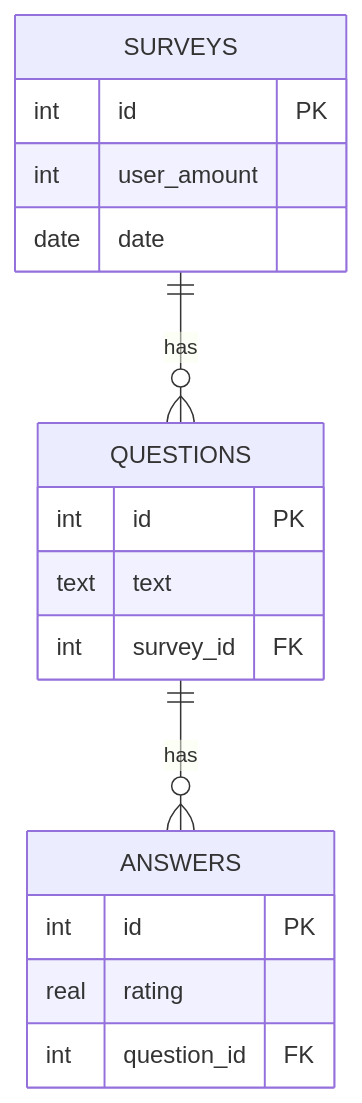
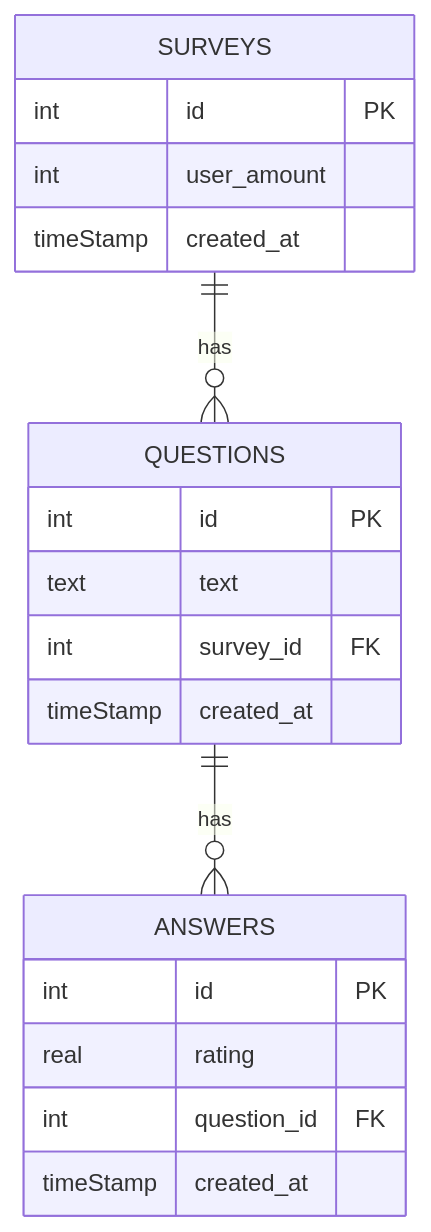
The diagram in README.md (r0binsahin/in_the_loop), drawn with Mermaid before and after one commit. The commit also changed other lines of this file, not shown here.

````diff
--- a/README.md
+++ b/README.md
@@ -53,21 +20,23 @@
 ```mermaid
 erDiagram
     SURVEYS {
         int id PK
         int user_amount
-        date date
+        timeStamp created_at
     }
     QUESTIONS {
         int id PK
         text text
         int survey_id FK
+        timeStamp created_at
     }
     ANSWERS {
         int id PK
         real rating
         int question_id FK
+        timeStamp created_at
     }
 
     SURVEYS ||--o{ QUESTIONS : has
     QUESTIONS ||--o{ ANSWERS : has
 ```
````
